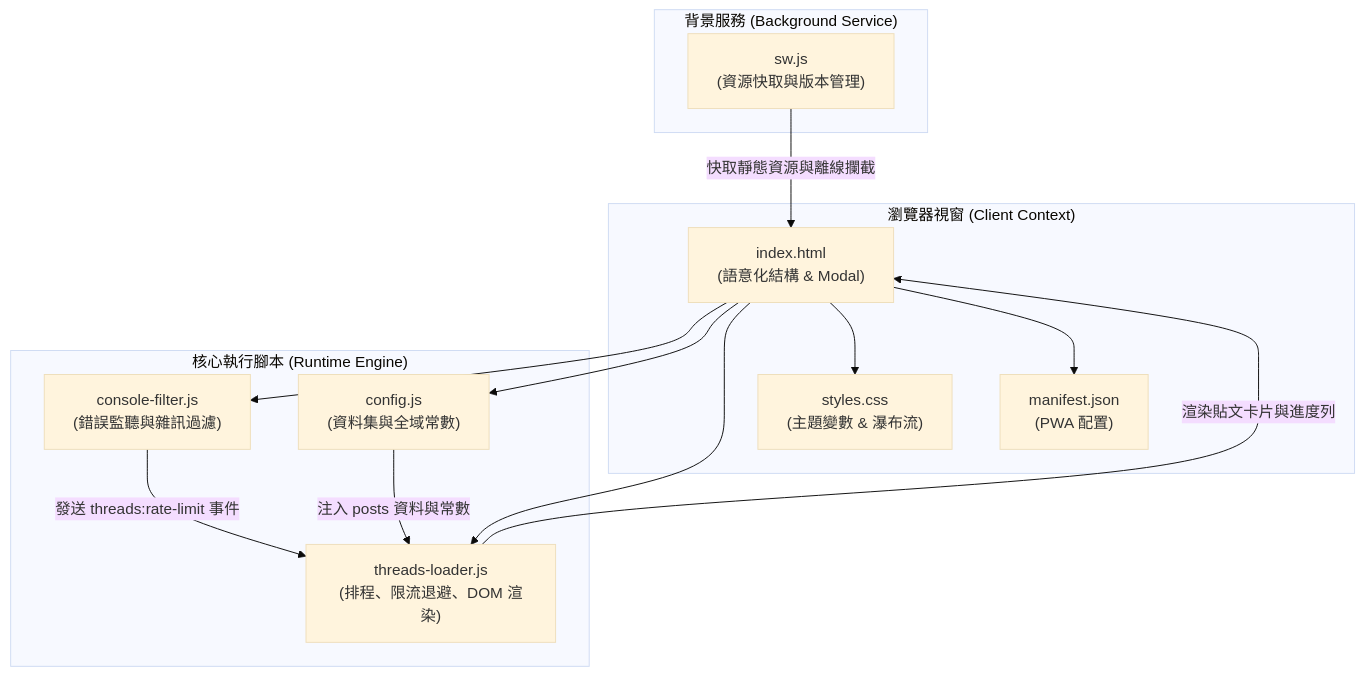
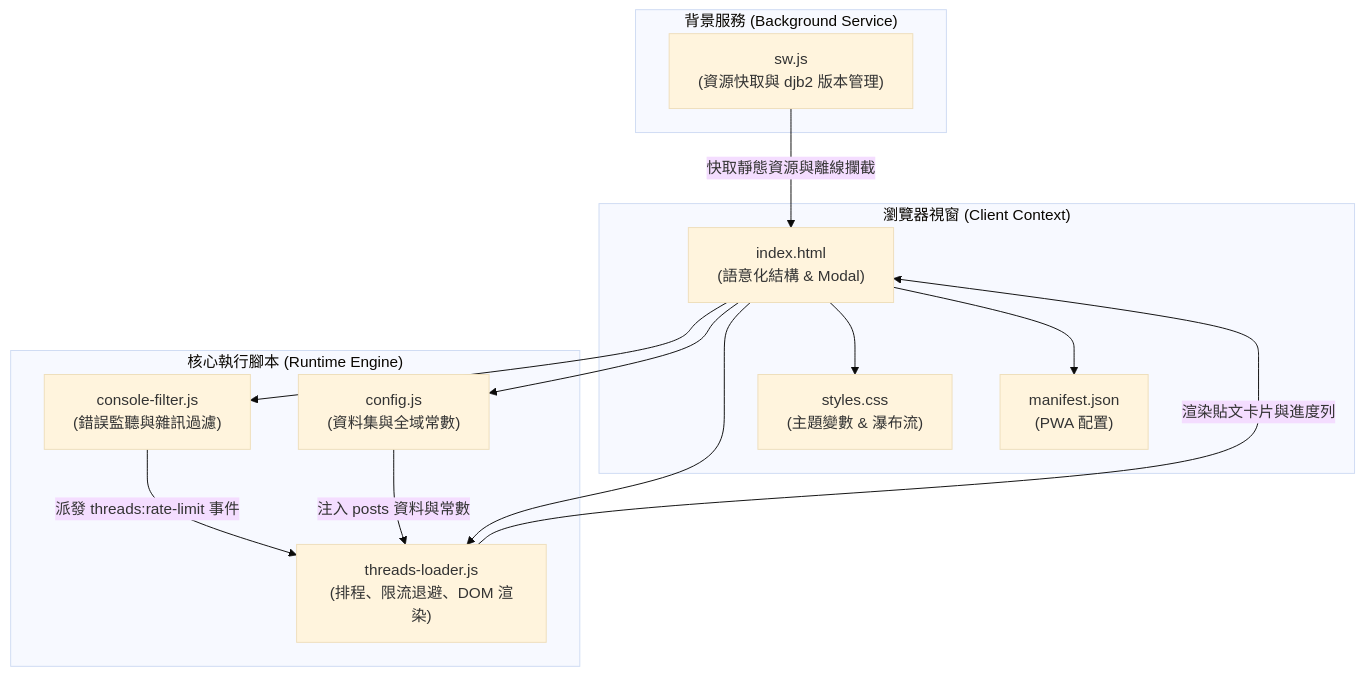
One commit to Scorpio-meow/Threads-Featured-Posts changed the second of 3 diagrams in README.md. Above: the diagram before and after it, drawn with Mermaid (base theme). The commit also changed other lines of this file and 2 other files, not shown here.

````diff
--- a/README.md
+++ b/README.md
@@ -185,29 +276,29 @@
 ```mermaid
 flowchart TD
     subgraph Browser ["瀏覽器視窗 (Client Context)"]
         HTML["index.html\n(語意化結構 & Modal)"]
         CSS["styles.css\n(主題變數 & 瀑布流)"]
         Manifest["manifest.json\n(PWA 配置)"]
     end
 
     subgraph Scripts ["核心執行腳本 (Runtime Engine)"]
         Filter["console-filter.js\n(錯誤監聽與雜訊過濾)"]
         Config["config.js\n(資料集與全域常數)"]
         Loader["threads-loader.js\n(排程、限流退避、DOM 渲染)"]
     end
 
     subgraph ServiceWorker ["背景服務 (Background Service)"]
-        SW["sw.js\n(資源快取與版本管理)"]
+        SW["sw.js\n(資源快取與 djb2 版本管理)"]
     end
 
     HTML --> Filter
     HTML --> Config
     HTML --> Loader
     HTML --> CSS
     HTML --> Manifest
 
-    Filter -- "發送 threads:rate-limit 事件" --> Loader
+    Filter -- "派發 threads:rate-limit 事件" --> Loader
     Config -- "注入 posts 資料與常數" --> Loader
     Loader -- "渲染貼文卡片與進度列" --> HTML
     SW -- "快取靜態資源與離線攔截" --> HTML
 ```
````
